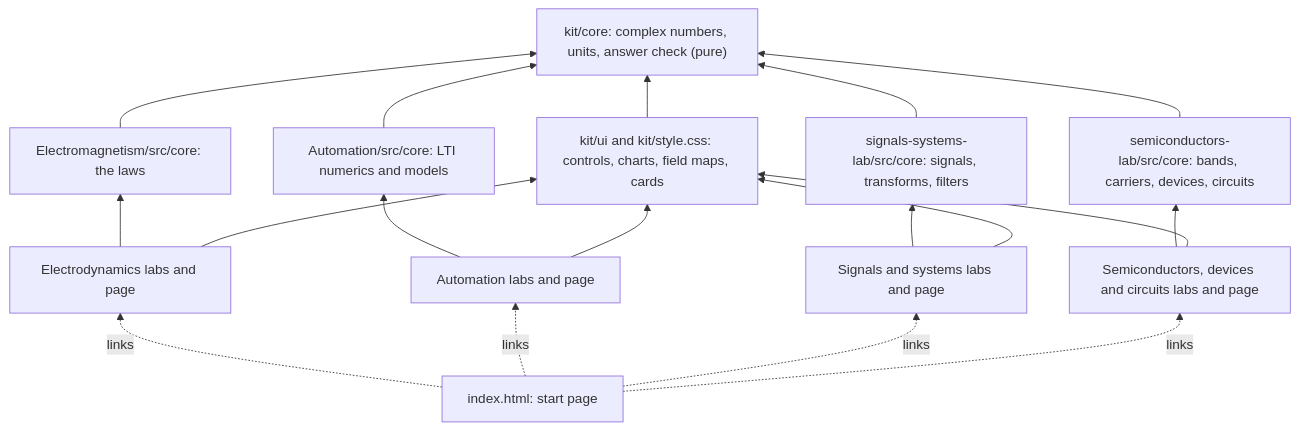
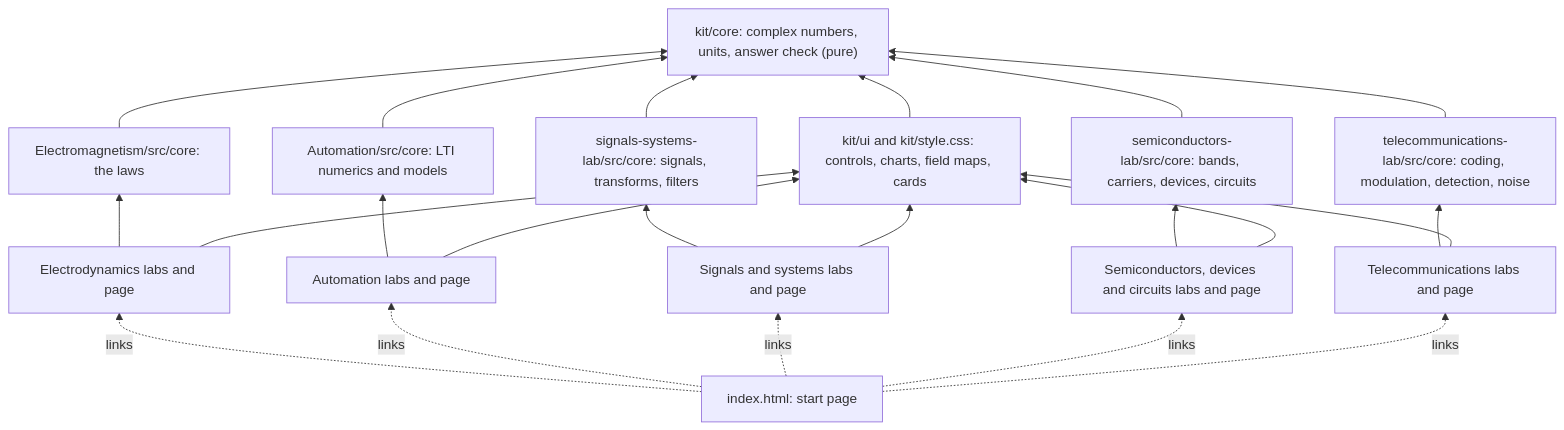
One commit to Abdulhamid-Baghdadi/bachelor-lectures-aid-kit changed the diagram in README.md. Above: the diagram before and after it, drawn with Mermaid. The commit also changed other lines of this file and 41 other files, not shown here.

First line of the commit message:
Add the Telecommunications Lab on the shared kit

````diff
--- a/README.md
+++ b/README.md
@@ -45,31 +46,37 @@
 ```mermaid
 flowchart BT
   kc["kit/core: complex numbers, units, answer check (pure)"]
   ku["kit/ui and kit/style.css: controls, charts, field maps, cards"]
   ec["Electromagnetism/src/core: the laws"]
   ac["Automation/src/core: LTI numerics and models"]
   sc["signals-systems-lab/src/core: signals, transforms, filters"]
   hc["semiconductors-lab/src/core: bands, carriers, devices, circuits"]
+  tc["telecommunications-lab/src/core: coding, modulation, detection, noise"]
   el["Electrodynamics labs and page"]
   al["Automation labs and page"]
   sl["Signals and systems labs and page"]
   hl["Semiconductors, devices and circuits labs and page"]
+  tl["Telecommunications labs and page"]
   start["index.html: start page"]
   ku --> kc
   ec --> kc
   ac --> kc
   sc --> kc
   hc --> kc
   el --> ec
   el --> ku
   al --> ac
   al --> ku
   sl --> sc
   sl --> ku
   hl --> hc
   hl --> ku
+  tl --> tc
+  tl --> ku
+  tc --> kc
   start -. links .-> el
   start -. links .-> al
   start -. links .-> sl
   start -. links .-> hl
+  start -. links .-> tl
 ```
````
